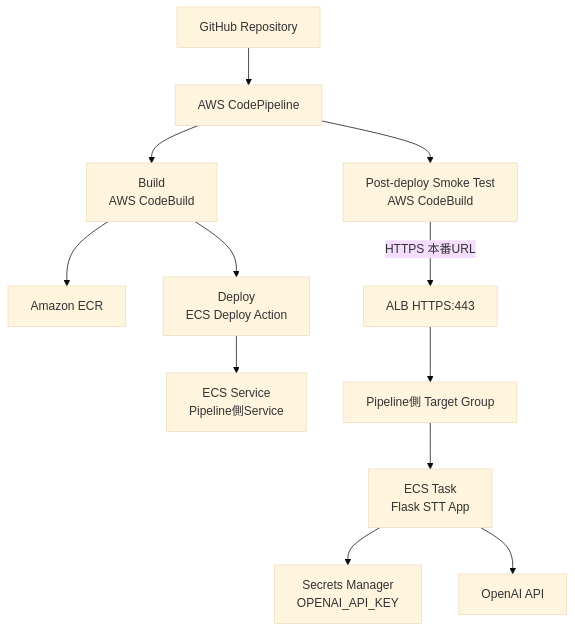
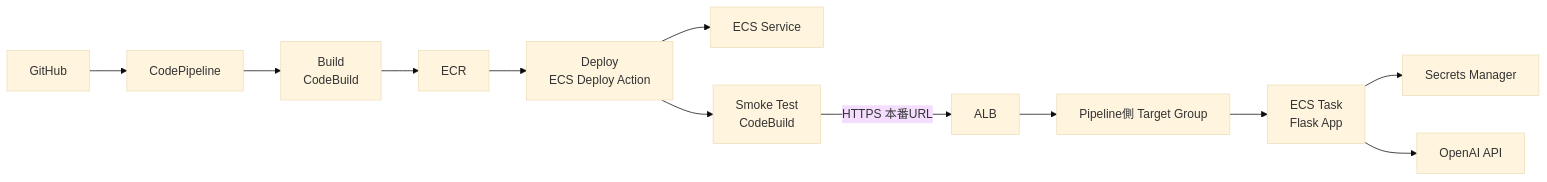
One commit to qp-git/engineer-portfolio changed the fourth of 4 diagrams in projects/stt-ecs-cicd-migration/architecture.md. Above: the diagram before and after it, drawn with Mermaid (base theme). The commit also changed other lines of this file, not shown here.

Commit message:
docs: simplify STT ECS migration architecture flow

````diff
--- a/projects/stt-ecs-cicd-migration/architecture.md
+++ b/projects/stt-ecs-cicd-migration/architecture.md
@@ -79,15 +66,15 @@
 ```mermaid
-flowchart TB
-    GitHub[GitHub Repository] --> Pipeline[AWS CodePipeline]
-    Pipeline --> Build[Build<br>AWS CodeBuild]
-    Build --> ECR[Amazon ECR]
-    Build --> Deploy[Deploy<br>ECS Deploy Action]
-    Deploy --> PipelineSvc[ECS Service<br>Pipeline側Service]
+flowchart LR
+    GitHub[GitHub] --> Pipeline[CodePipeline]
+    Pipeline --> Build[Build<br>CodeBuild]
+    Build --> ECR[ECR]
+    ECR --> Deploy[Deploy<br>ECS Deploy Action]
+    Deploy --> ECS[ECS Service]
 
-    Pipeline --> Smoke[Post-deploy Smoke Test<br>AWS CodeBuild]
-    Smoke -->|HTTPS 本番URL| ALB[ALB HTTPS:443]
-    ALB --> PipelineTG[Pipeline側 Target Group]
-    PipelineTG --> Task[ECS Task<br>Flask STT App]
-    Task --> Secrets[Secrets Manager<br>OPENAI_API_KEY]
+    Deploy --> Smoke[Smoke Test<br>CodeBuild]
+    Smoke -->|HTTPS 本番URL| ALB[ALB]
+    ALB --> TG[Pipeline側 Target Group]
+    TG --> Task[ECS Task<br>Flask App]
+    Task --> Secrets[Secrets Manager]
     Task --> OpenAI[OpenAI API]
 ```
````
